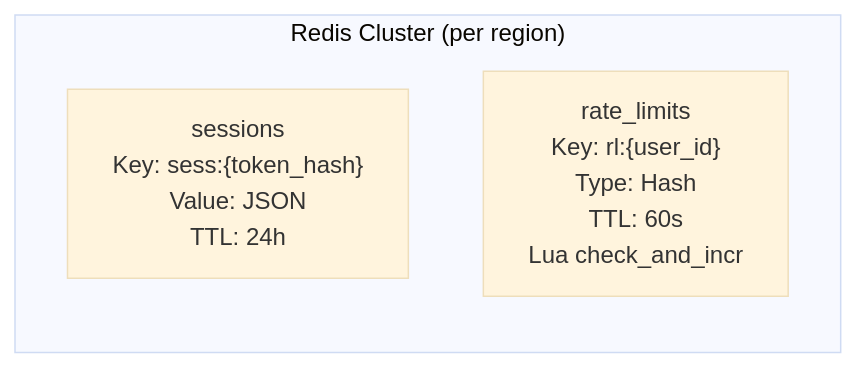
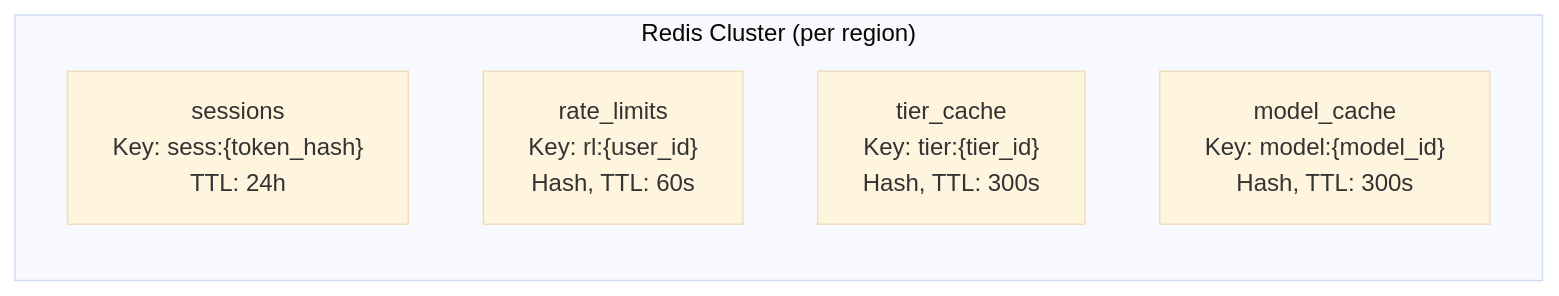
The seventh of 7 diagrams in README.md (yaksase/highload_hse), drawn with Mermaid (base theme) before and after one commit. The commit also changed other lines of this file and 2 other files, not shown here.

````diff
--- a/README.md
+++ b/README.md
@@ -1233,7 +1311,9 @@
 ```mermaid
 graph LR
     subgraph Redis["Redis Cluster (per region)"]
-        S["sessions<br/>Key: sess:{token_hash}<br/>Value: JSON<br/>TTL: 24h"]
-        R["rate_limits<br/>Key: rl:{user_id}<br/>Type: Hash<br/>TTL: 60s<br/>Lua check_and_incr"]
+        S["sessions<br/>Key: sess:{token_hash}<br/>TTL: 24h"]
+        R["rate_limits<br/>Key: rl:{user_id}<br/>Hash, TTL: 60s"]
+        T["tier_cache<br/>Key: tier:{tier_id}<br/>Hash, TTL: 300s"]
+        M["model_cache<br/>Key: model:{model_id}<br/>Hash, TTL: 300s"]
     end
 ```
````
